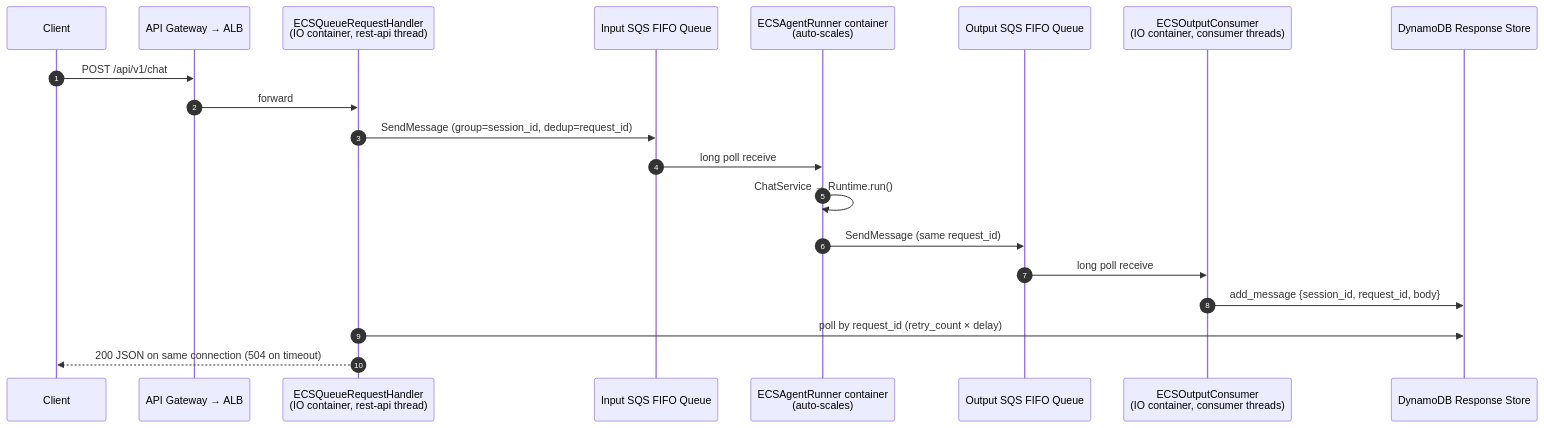
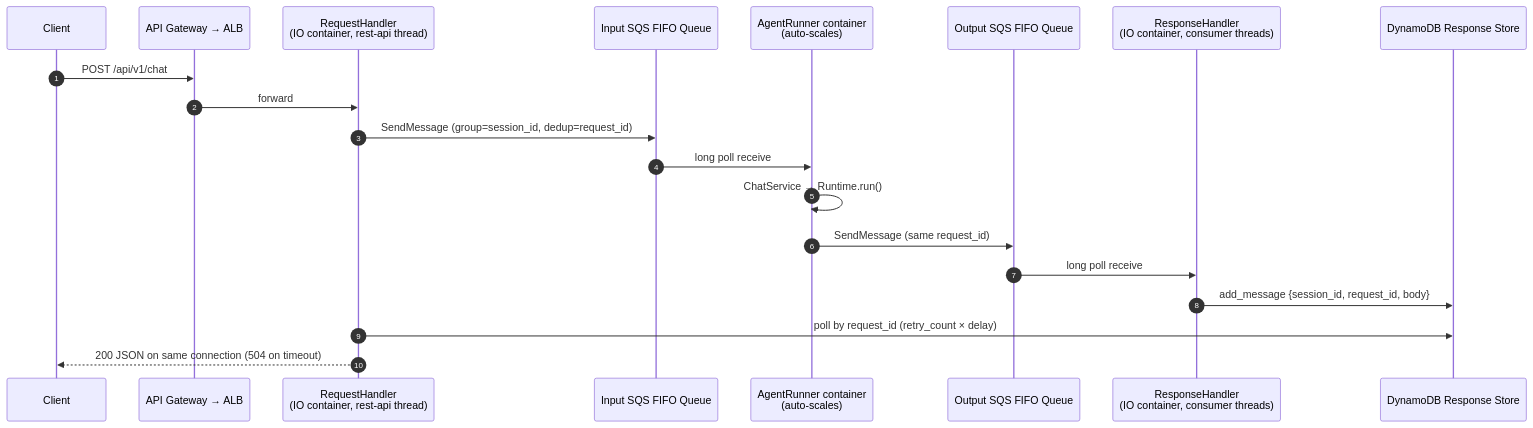
One commit to yaalalabs/agent-kernel changed the third of 3 diagrams in docs/docs/advanced/queue-mode-guide.md. Above: the diagram before and after it, drawn with Mermaid. The commit also changed other lines of this file and 69 other files, not shown here.

````diff
--- a/docs/docs/advanced/queue-mode-guide.md
+++ b/docs/docs/advanced/queue-mode-guide.md
@@ -760,23 +762,23 @@
 ```mermaid
 sequenceDiagram
     autonumber
     participant C as Client
     participant GW as API Gateway → ALB
-    participant T1 as ECSQueueRequestHandler<br/>(IO container, rest-api thread)
+    participant T1 as RequestHandler<br/>(IO container, rest-api thread)
     participant IQ as Input SQS FIFO Queue
-    participant AR as ECSAgentRunner container<br/>(auto-scales)
+    participant AR as AgentRunner container<br/>(auto-scales)
     participant OQ as Output SQS FIFO Queue
-    participant T2 as ECSOutputConsumer<br/>(IO container, consumer threads)
+    participant T2 as ResponseHandler<br/>(IO container, consumer threads)
     participant RS as DynamoDB Response Store
 
     C->>GW: POST /api/v1/chat
     GW->>T1: forward
     T1->>IQ: SendMessage (group=session_id, dedup=request_id)
     IQ->>AR: long poll receive
     AR->>AR: ChatService → Runtime.run()
     AR->>OQ: SendMessage (same request_id)
     OQ->>T2: long poll receive
     T2->>RS: add_message {session_id, request_id, body}
     T1->>RS: poll by request_id (retry_count × delay)
     T1-->>C: 200 JSON on same connection (504 on timeout)
 ```
````
